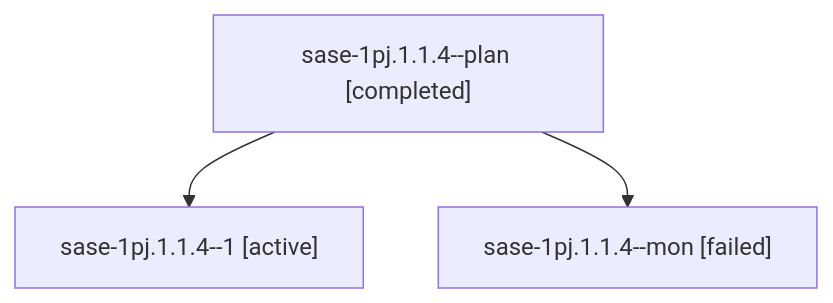
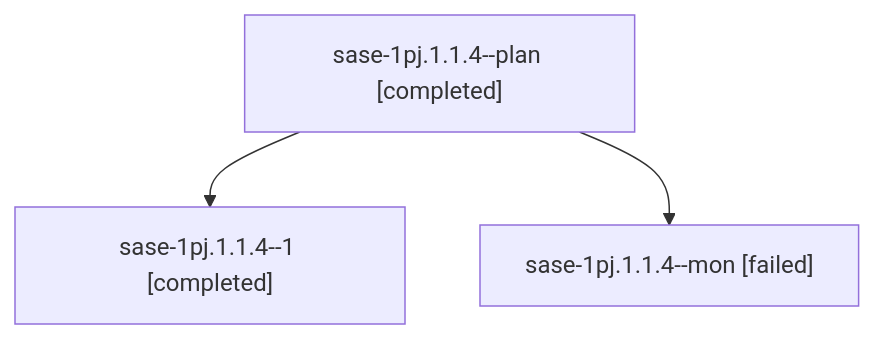
The diagram in sessions/bbugyi200.athena.sase-1pj.1.1.4.md (sase-org/sase--agents), drawn with Mermaid before and after one commit. The commit also changed other lines of this file and 36 other files, not shown here.

````diff
--- a/sessions/bbugyi200.athena.sase-1pj.1.1.4.md
+++ b/sessions/bbugyi200.athena.sase-1pj.1.1.4.md
@@ -9,8 +9,8 @@
 ```mermaid
 flowchart TD
   n0["sase-1pj.1.1.4--plan [completed]"]
-  n1["sase-1pj.1.1.4--1 [active]"]
+  n1["sase-1pj.1.1.4--1 [completed]"]
   n0 --> n1
   n2["sase-1pj.1.1.4--mon [failed]"]
   n0 --> n2
 ```
````
